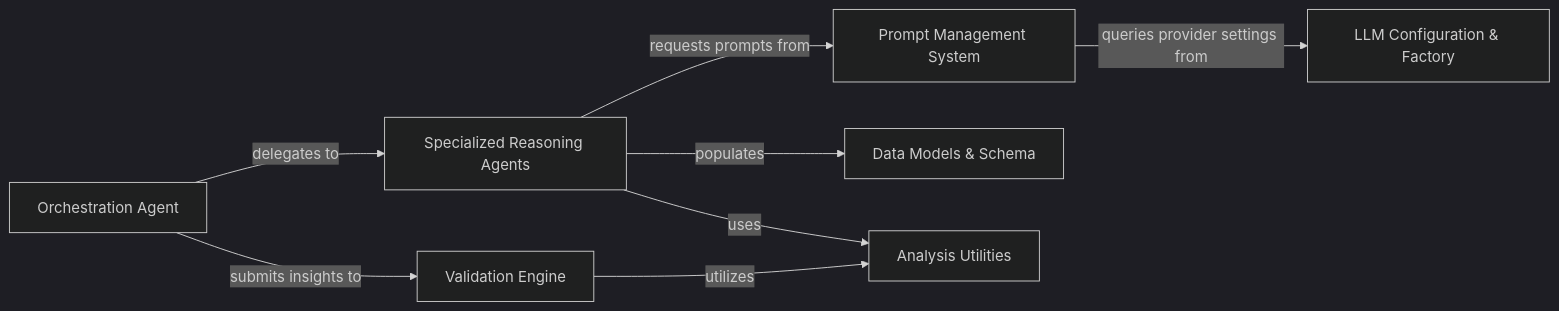
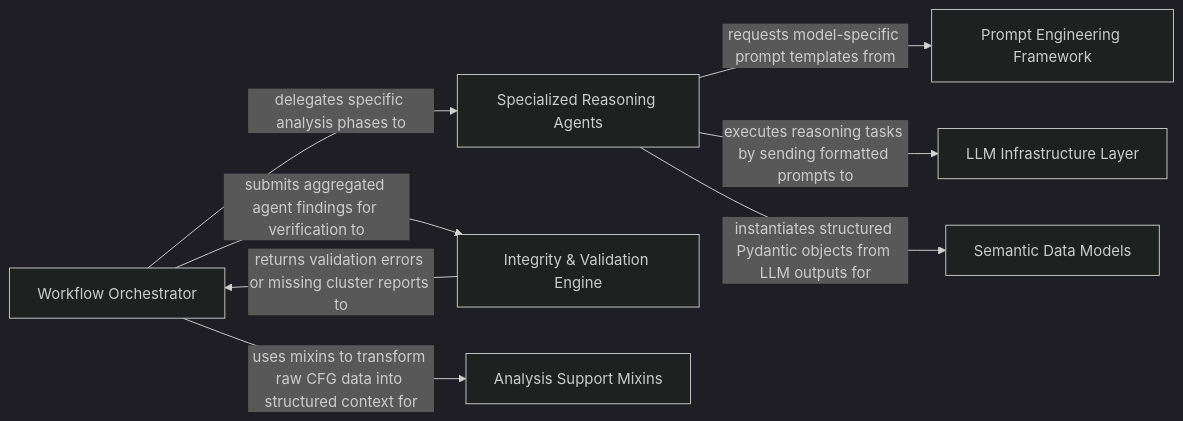
The diagram in .codeboarding/LLM_Agent_Core.md (CodeBoarding/CodeBoarding), drawn with Mermaid (dark theme) before and after one commit. The commit also changed other lines of this file and 6 other files, not shown here.

````diff
--- a/.codeboarding/LLM_Agent_Core.md
+++ b/.codeboarding/LLM_Agent_Core.md
@@ -1,17 +1,17 @@
 ```mermaid
 graph LR
-    Orchestration_Agent["Orchestration Agent"]
+    Workflow_Orchestrator["Workflow Orchestrator"]
     Specialized_Reasoning_Agents["Specialized Reasoning Agents"]
-    Prompt_Management_System["Prompt Management System"]
-    Validation_Engine["Validation Engine"]
-    LLM_Configuration_Factory["LLM Configuration & Factory"]
-    Data_Models_Schema["Data Models & Schema"]
-    Analysis_Utilities["Analysis Utilities"]
-    Orchestration_Agent -- "delegates to" --> Specialized_Reasoning_Agents
-    Orchestration_Agent -- "submits insights to" --> Validation_Engine
-    Specialized_Reasoning_Agents -- "requests prompts from" --> Prompt_Management_System
-    Specialized_Reasoning_Agents -- "populates" --> Data_Models_Schema
-    Prompt_Management_System -- "queries provider settings from" --> LLM_Configuration_Factory
-    Validation_Engine -- "utilizes" --> Analysis_Utilities
-    Specialized_Reasoning_Agents -- "uses" --> Analysis_Utilities
+    Prompt_Engineering_Framework["Prompt Engineering Framework"]
+    Integrity_Validation_Engine["Integrity & Validation Engine"]
+    Semantic_Data_Models["Semantic Data Models"]
+    Analysis_Support_Mixins["Analysis Support Mixins"]
+    LLM_Infrastructure_Layer["LLM Infrastructure Layer"]
+    Workflow_Orchestrator -- "delegates specific analysis phases to" --> Specialized_Reasoning_Agents
+    Specialized_Reasoning_Agents -- "requests model-specific prompt templates from" --> Prompt_Engineering_Framework
+    Specialized_Reasoning_Agents -- "executes reasoning tasks by sending formatted prompts to" --> LLM_Infrastructure_Layer
+    Workflow_Orchestrator -- "uses mixins to transform raw CFG data into structured context for" --> Analysis_Support_Mixins
+    Workflow_Orchestrator -- "submits aggregated agent findings for verification to" --> Integrity_Validation_Engine
+    Integrity_Validation_Engine -- "returns validation errors or missing cluster reports to" --> Workflow_Orchestrator
+    Specialized_Reasoning_Agents -- "instantiates structured Pydantic objects from LLM outputs for" --> Semantic_Data_Models
 ```
````
